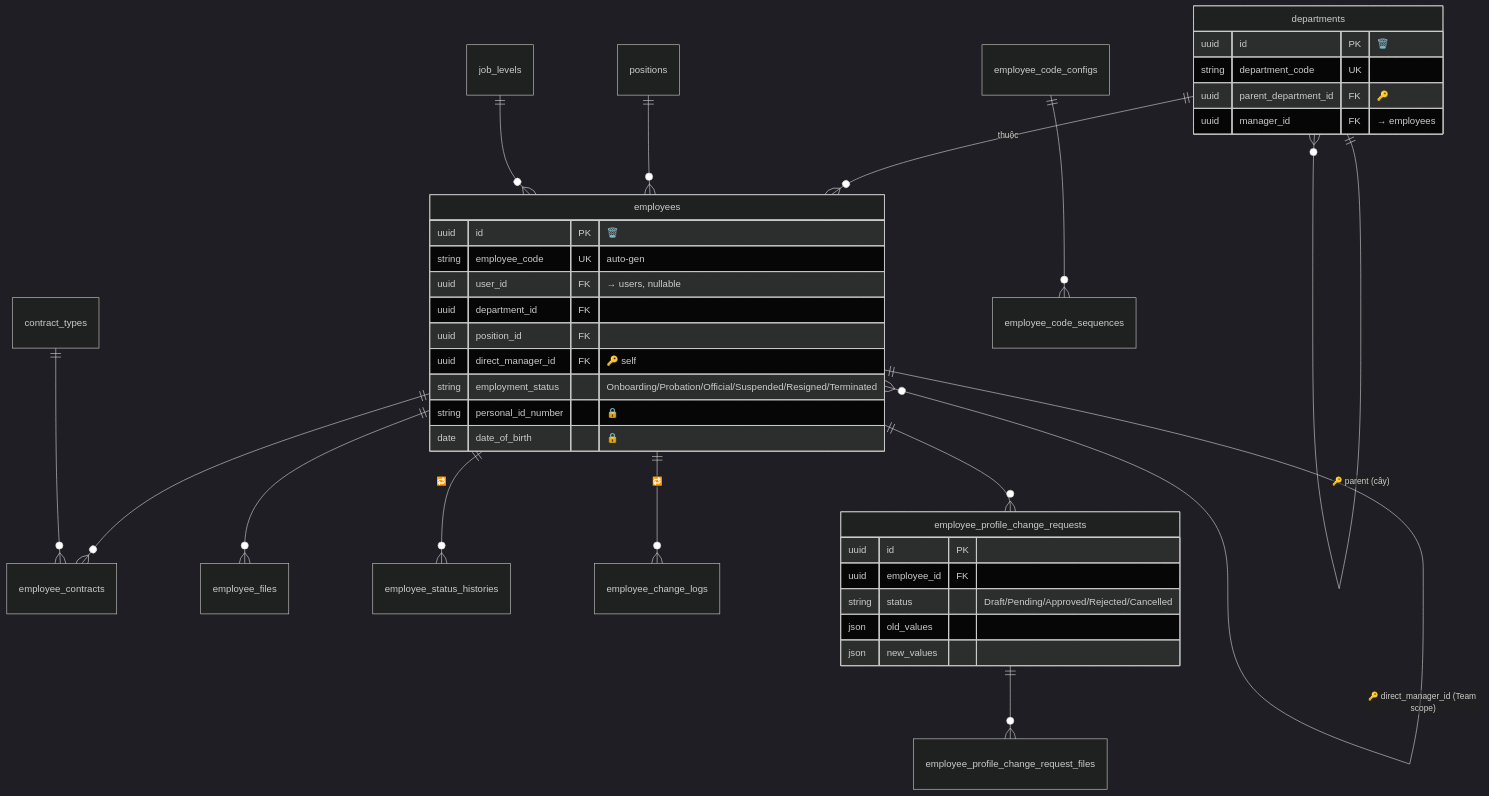
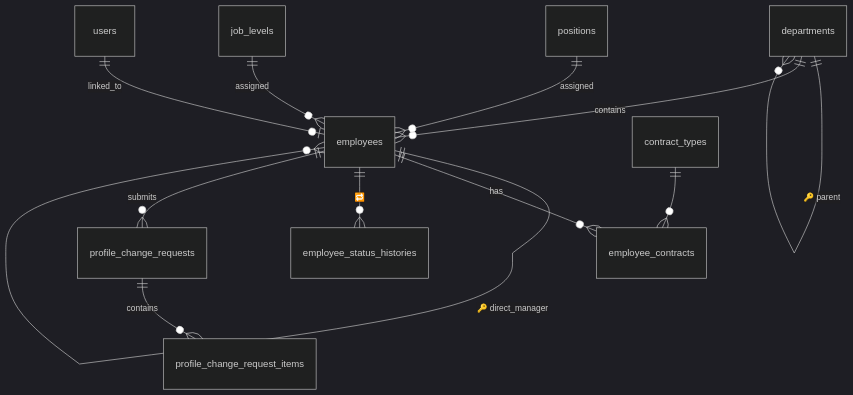
One commit to nguyencanhqk/mediaos changed the fourth of 8 diagrams in docs/erd-current.md. Above: the diagram before and after it, drawn with Mermaid (dark theme). The commit also changed other lines of this file and 3 other files, not shown here.

First line of the commit message:
docs: reconcile ERD + contracts to docs/DB standard

````diff
--- a/docs/erd-current.md
+++ b/docs/erd-current.md
@@ -84,41 +160,14 @@
 ```mermaid
 erDiagram
-    departments ||--o{ employees : "thuộc"
-    positions ||--o{ employees : ""
-    job_levels ||--o{ employees : ""
-    employees ||--o{ employees : "🔑 direct_manager_id (Team scope)"
-    departments ||--o{ departments : "🔑 parent (cây)"
-    employees ||--o{ employee_contracts : ""
+    departments ||--o{ departments : "🔑 parent"
+    departments ||--o{ employees : contains
+    positions ||--o{ employees : assigned
+    job_levels ||--o{ employees : assigned
+    employees ||--o{ employees : "🔑 direct_manager"
+    users ||--o| employees : linked_to
+    employees ||--o{ employee_contracts : has
     contract_types ||--o{ employee_contracts : ""
-    employees ||--o{ employee_files : ""
     employees ||--o{ employee_status_histories : "🔁"
-    employees ||--o{ employee_change_logs : "🔁"
-    employees ||--o{ employee_profile_change_requests : ""
-    employee_profile_change_requests ||--o{ employee_profile_change_request_files : ""
-    employee_code_configs ||--o{ employee_code_sequences : ""
-
-    employees {
-        uuid id PK "🗑️"
-        string employee_code UK "auto-gen"
-        uuid user_id FK "→ users, nullable"
-        uuid department_id FK
-        uuid position_id FK
-        uuid direct_manager_id FK "🔑 self"
-        string employment_status "Onboarding/Probation/Official/Suspended/Resigned/Terminated"
-        string personal_id_number "🔒"
-        date date_of_birth "🔒"
-    }
-    departments {
-        uuid id PK "🗑️"
-        string department_code UK
-        uuid parent_department_id FK "🔑"
-        uuid manager_id FK "→ employees"
-    }
-    employee_profile_change_requests {
-        uuid id PK
-        uuid employee_id FK
-        string status "Draft/Pending/Approved/Rejected/Cancelled"
-        json old_values
-        json new_values
-    }
+    employees ||--o{ profile_change_requests : submits
+    profile_change_requests ||--o{ profile_change_request_items : contains
 ```
````
